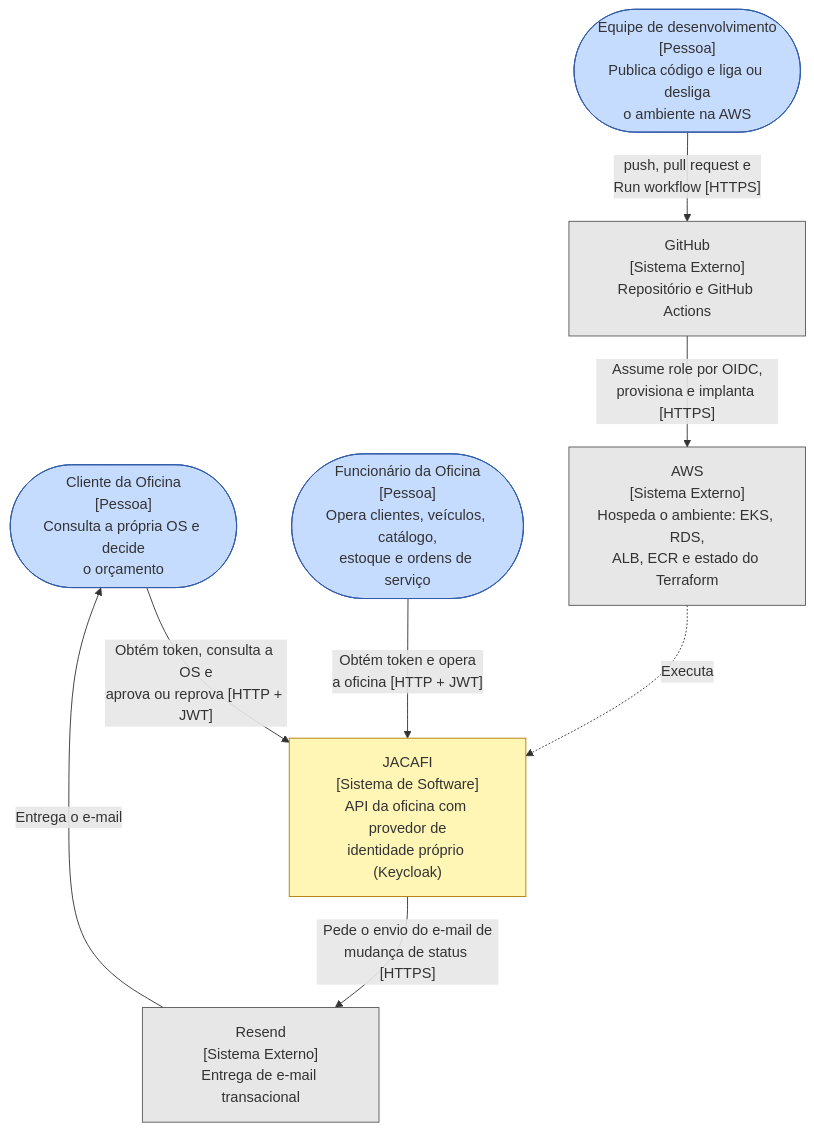
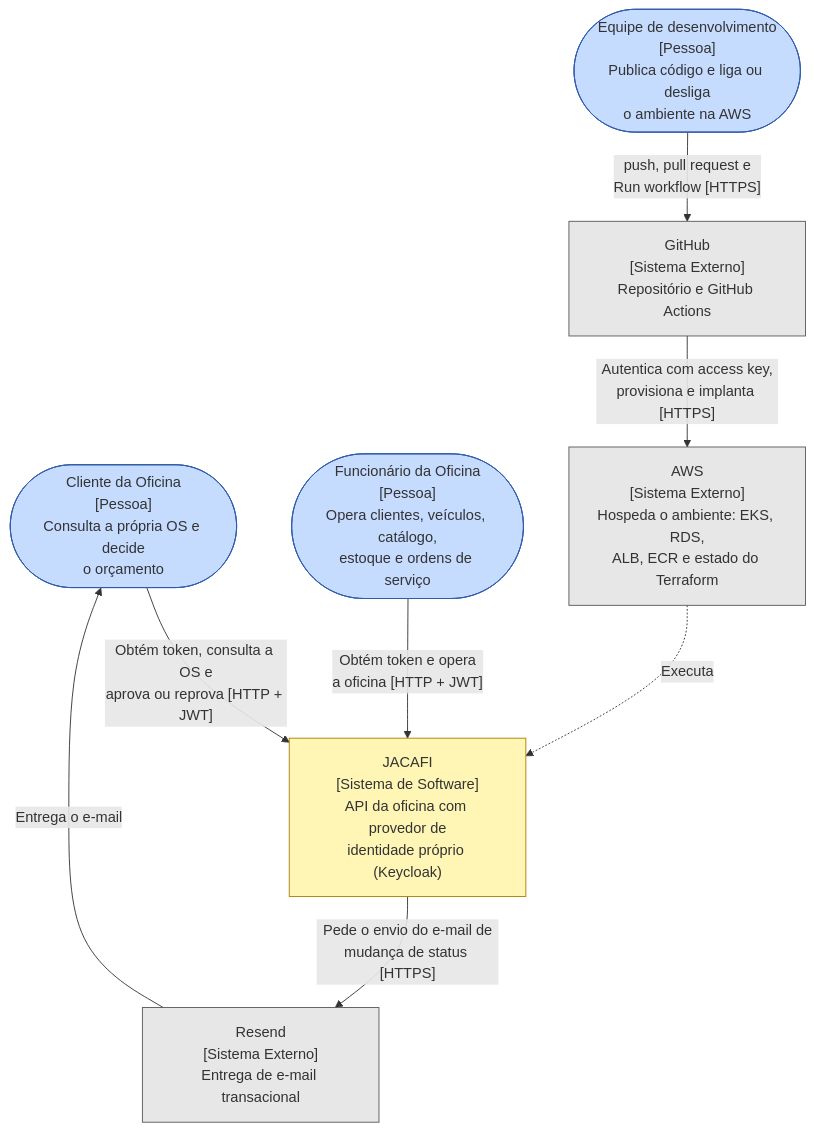
The first of 16 diagrams in docs/arquitetura.md (gabsevamac/JACAFI-FIAP_Tech-Challenge_01), drawn with Mermaid before and after one commit. The commit also changed other lines of this file and 4 other files, not shown here.

First line of the commit message:
docs: align docs with access-key auth and fix manual commands

````diff
--- a/docs/arquitetura.md
+++ b/docs/arquitetura.md
@@ -111,24 +111,24 @@
 ```mermaid
 flowchart TD
     classDef person fill:#c6dcff,stroke:#305bab
     classDef system fill:#fff6b6,stroke:#af7e02
     classDef ext fill:#e7e7e7,stroke:#595959
 
     cliente(["Cliente da Oficina<br/>[Pessoa]<br/>Consulta a própria OS e decide<br/>o orçamento"]):::person
     funcionario(["Funcionário da Oficina<br/>[Pessoa]<br/>Opera clientes, veículos, catálogo,<br/>estoque e ordens de serviço"]):::person
     equipe(["Equipe de desenvolvimento<br/>[Pessoa]<br/>Publica código e liga ou desliga<br/>o ambiente na AWS"]):::person
 
     sistema["JACAFI<br/>[Sistema de Software]<br/>API da oficina com provedor de<br/>identidade próprio (Keycloak)"]:::system
 
     resend["Resend<br/>[Sistema Externo]<br/>Entrega de e-mail transacional"]:::ext
     github["GitHub<br/>[Sistema Externo]<br/>Repositório e GitHub Actions"]:::ext
     aws["AWS<br/>[Sistema Externo]<br/>Hospeda o ambiente: EKS, RDS,<br/>ALB, ECR e estado do Terraform"]:::ext
 
     cliente -->|"Obtém token, consulta a OS e<br/>aprova ou reprova [HTTP + JWT]"| sistema
     funcionario -->|"Obtém token e opera<br/>a oficina [HTTP + JWT]"| sistema
     sistema -->|"Pede o envio do e-mail de<br/>mudança de status [HTTPS]"| resend
     resend -->|"Entrega o e-mail"| cliente
     equipe -->|"push, pull request e<br/>Run workflow [HTTPS]"| github
-    github -->|"Assume role por OIDC,<br/>provisiona e implanta [HTTPS]"| aws
+    github -->|"Autentica com access key,<br/>provisiona e implanta [HTTPS]"| aws
     aws -.->|"Executa"| sistema
 ```
````
